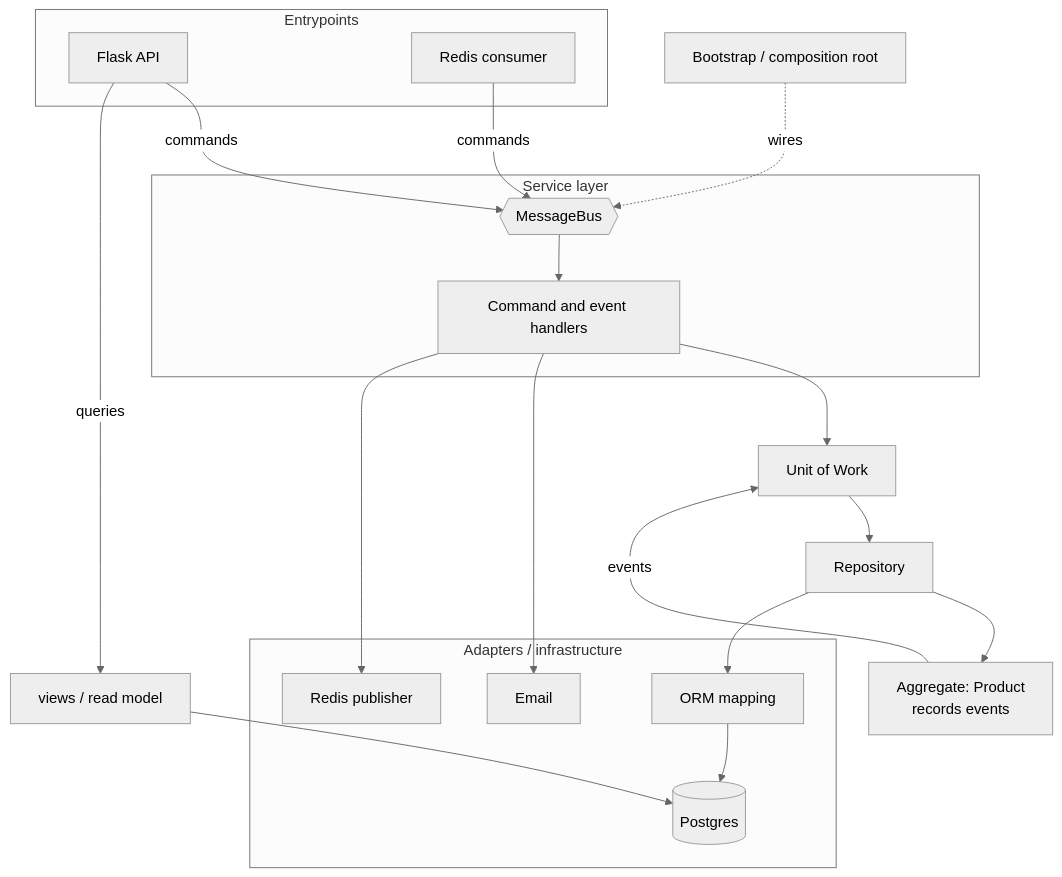
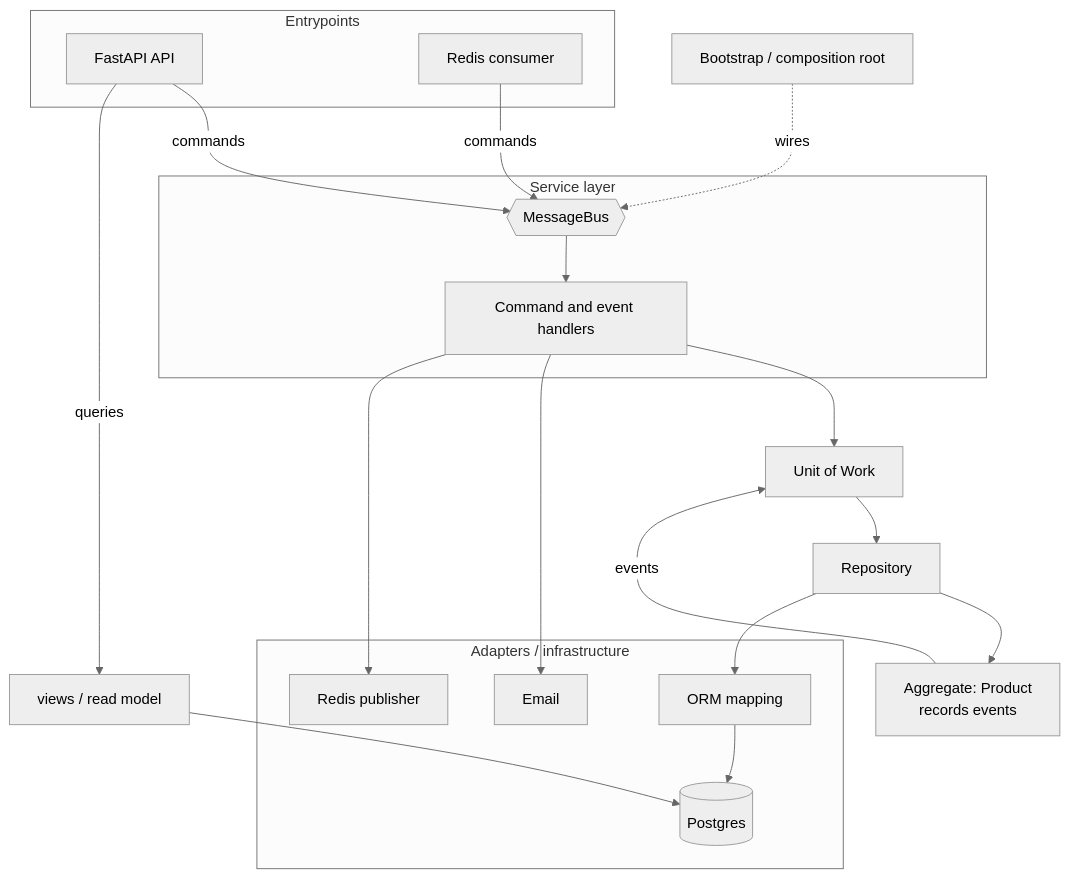
The first of 2 diagrams in study-guide/14-epilogue.md (Thommans-Playground/playground-cosmic-python), drawn with Mermaid (neutral theme) before and after one commit. The commit also changed 17 other files, not shown here.

First line of the commit message:
Refactor allocation service to use FastAPI and implement dependency injection

````diff
--- a/study-guide/14-epilogue.md
+++ b/study-guide/14-epilogue.md
@@ -16,27 +16,27 @@
 ```mermaid
 flowchart TB
     subgraph Entry["Entrypoints"]
-        Flask[Flask API]
+        FastAPI[FastAPI API]
         RedisC[Redis consumer]
     end
     Boot["Bootstrap / composition root"] -. wires .-> Bus
-    Flask -->|commands| Bus
+    FastAPI -->|commands| Bus
     RedisC -->|commands| Bus
-    Flask -->|queries| Views[views / read model]
+    FastAPI -->|queries| Views[views / read model]
     subgraph App["Service layer"]
         Bus{{MessageBus}} --> Handlers[Command and event handlers]
     end
     Handlers --> UoW[Unit of Work]
     UoW --> Repo[Repository]
     Repo --> Agg["Aggregate: Product<br/>records events"]
     Agg -->|events| UoW
     subgraph Adapters["Adapters / infrastructure"]
         ORM[ORM mapping] --> DB[(Postgres)]
         Email[Email]
         Pub[Redis publisher]
     end
     Repo --> ORM
     Handlers --> Email
     Handlers --> Pub
     Views --> DB
 ```
````
